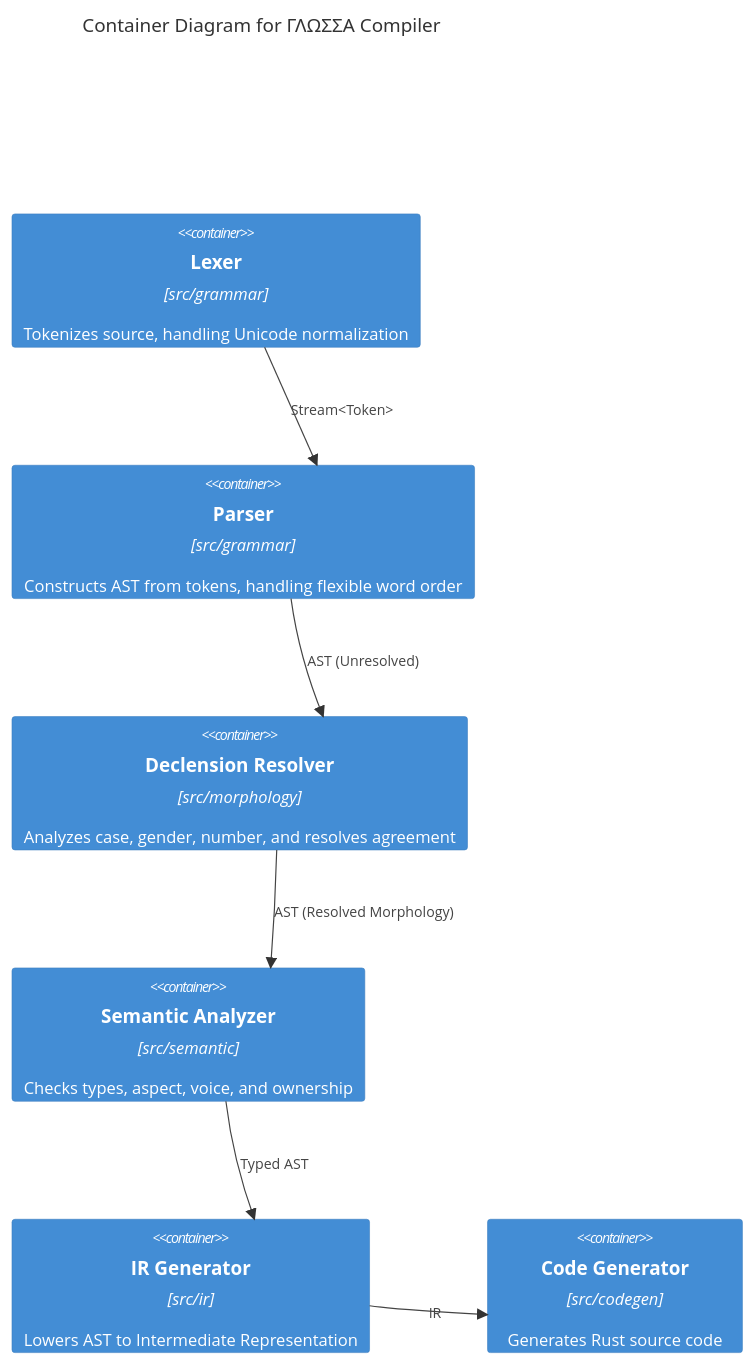
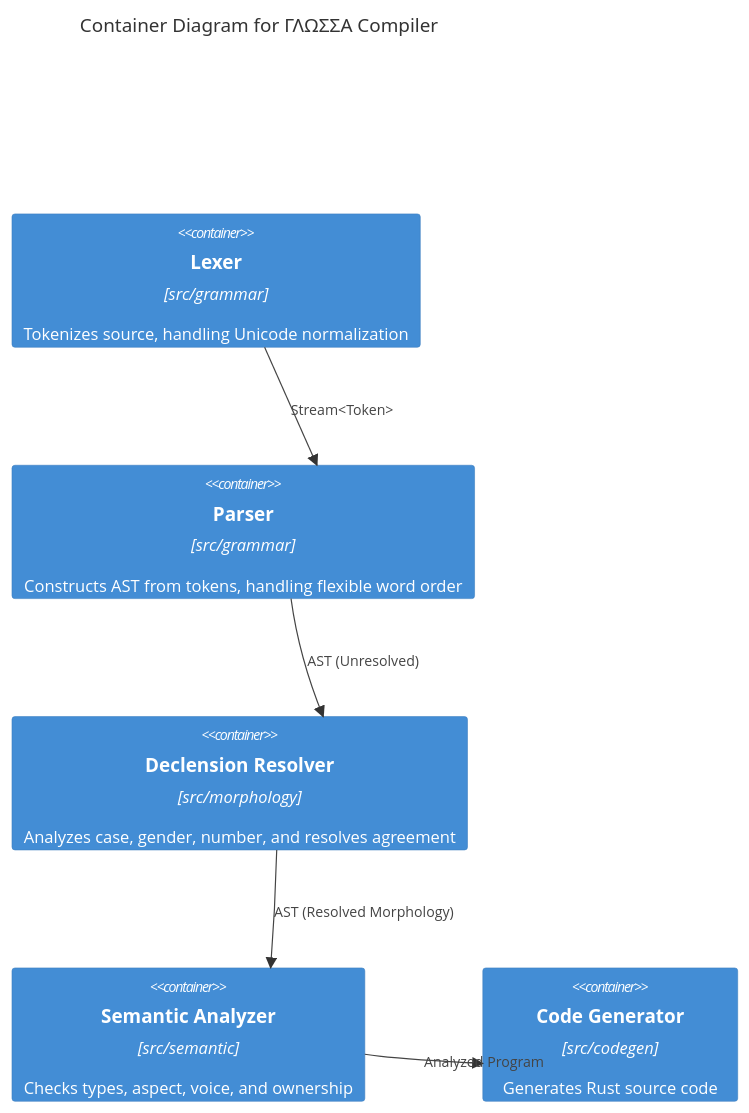
Before and after one commit to madmax983/glossa: the second of 2 diagrams in docs/architecture.md, drawn with Mermaid. The commit also changed 19 other files, not shown here.

````diff
--- a/docs/architecture.md
+++ b/docs/architecture.md
@@ -26,17 +26,15 @@
 ```mermaid
 C4Container
     title Container Diagram for ΓΛΩΣΣΑ Compiler
 
     Container(lexer, "Lexer", "src/grammar", "Tokenizes source, handling Unicode normalization")
     Container(parser, "Parser", "src/grammar", "Constructs AST from tokens, handling flexible word order")
     Container(morphology, "Declension Resolver", "src/morphology", "Analyzes case, gender, number, and resolves agreement")
     Container(semantic, "Semantic Analyzer", "src/semantic", "Checks types, aspect, voice, and ownership")
-    Container(ir, "IR Generator", "src/ir", "Lowers AST to Intermediate Representation")
     Container(codegen, "Code Generator", "src/codegen", "Generates Rust source code")
 
     Rel(lexer, parser, "Stream<Token>")
     Rel(parser, morphology, "AST (Unresolved)")
     Rel(morphology, semantic, "AST (Resolved Morphology)")
-    Rel(semantic, ir, "Typed AST")
-    Rel(ir, codegen, "IR")
+    Rel(semantic, codegen, "Analyzed Program")
 ```
````
